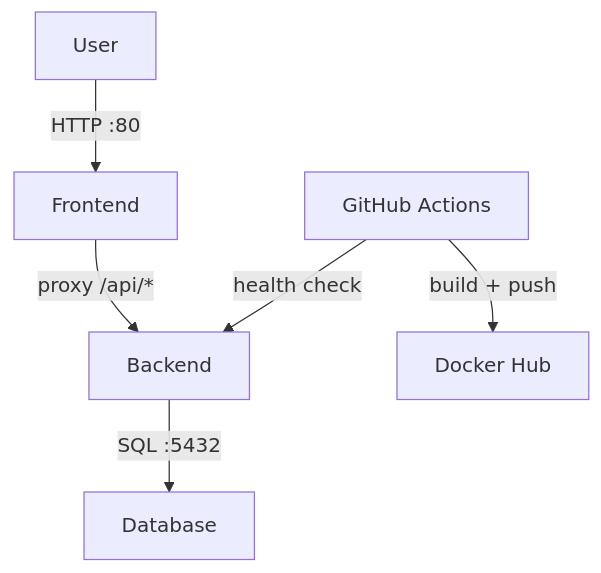
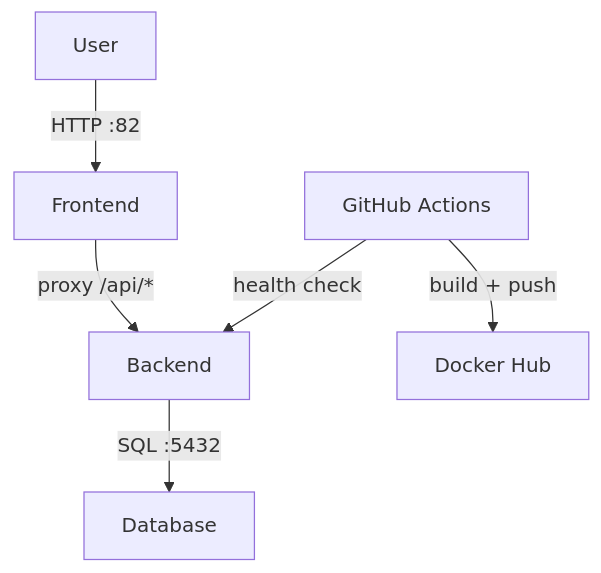
Before and after one commit to Toto2807/VitalSync: the diagram in README.md, drawn with Mermaid. The commit also changed other lines of this file, not shown here.

````diff
--- a/README.md
+++ b/README.md
@@ -13,8 +13,8 @@
 ```mermaid
 graph TD
-    User -->|HTTP :80| Frontend
+    User -->|HTTP :82| Frontend
     Frontend -->|proxy /api/*| Backend
     Backend -->|SQL :5432| Database
     CI[GitHub Actions] -->|build + push| Registry[Docker Hub]
     CI -->|health check| Backend
 ```
````
